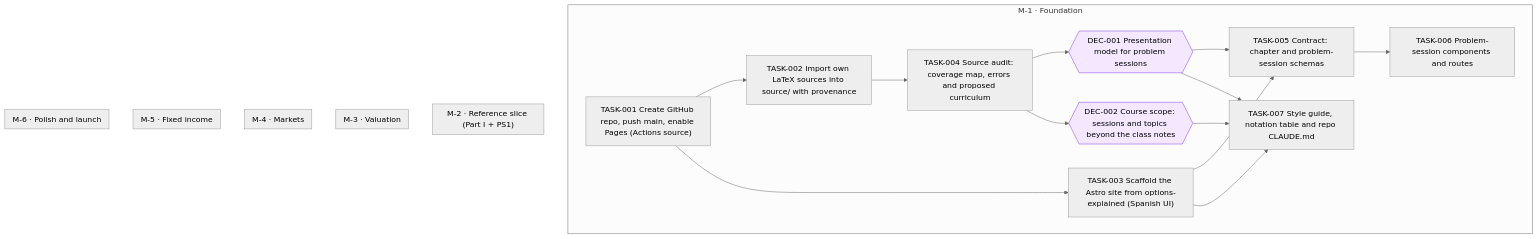
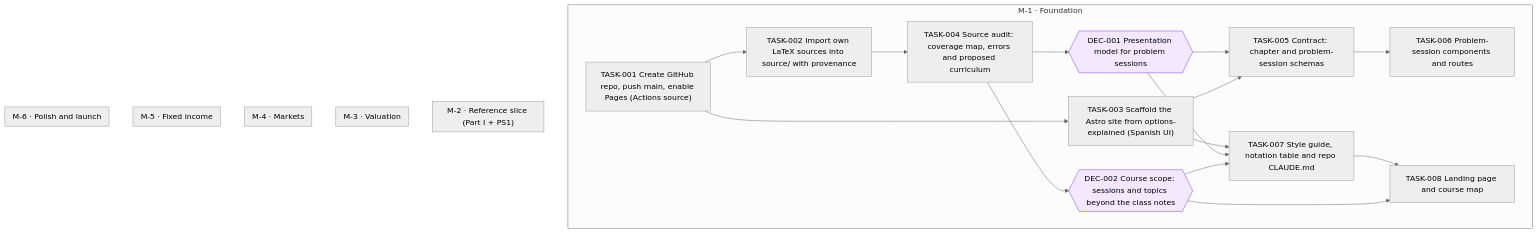
One commit to jesusvillota/economia-financiera changed the diagram in goals/course-site/README.md. Above: the diagram before and after it, drawn with Mermaid (neutral theme). The commit also changed 1 other file, not shown here.

Commit message:
goal(course-site): add TASK-008 Landing page and course map

````diff
--- a/goals/course-site/README.md
+++ b/goals/course-site/README.md
@@ -19,40 +19,43 @@
 ```mermaid
 flowchart TD
   subgraph M_1["M-1 · Foundation"]
     DEC_001{{"DEC-001 Presentation model for problem sessions"}}
     DEC_002{{"DEC-002 Course scope: sessions and topics beyond the class notes"}}
     TASK_001["TASK-001 Create GitHub repo, push main, enable Pages (Actions source)"]
     TASK_002["TASK-002 Import own LaTeX sources into source/ with provenance"]
     TASK_003["TASK-003 Scaffold the Astro site from options-explained (Spanish UI)"]
     TASK_004["TASK-004 Source audit: coverage map, errors and proposed curriculum"]
     TASK_005["TASK-005 Contract: chapter and problem-session schemas"]
     TASK_006["TASK-006 Problem-session components and routes"]
     TASK_007["TASK-007 Style guide, notation table and repo CLAUDE.md"]
+    TASK_008["TASK-008 Landing page and course map"]
   end
   subgraph M_2["M-2 · Reference slice (Part I + PS1)"]
   end
   subgraph M_3["M-3 · Valuation"]
   end
   subgraph M_4["M-4 · Markets"]
   end
   subgraph M_5["M-5 · Fixed income"]
   end
   subgraph M_6["M-6 · Polish and launch"]
   end
   TASK_004 --> DEC_001
   TASK_004 --> DEC_002
   TASK_001 --> TASK_002
   TASK_001 --> TASK_003
   TASK_002 --> TASK_004
   DEC_001 --> TASK_005
   TASK_003 --> TASK_005
   TASK_005 --> TASK_006
   TASK_003 --> TASK_007
   DEC_001 --> TASK_007
   DEC_002 --> TASK_007
+  TASK_007 --> TASK_008
+  DEC_002 --> TASK_008
   classDef draft stroke-dasharray: 4 3
   classDef cancelled opacity:0.45
   classDef decision fill:#f3e8ff,stroke:#7c3aed
   class DEC_001 decision
   class DEC_002 decision
 ```
````
